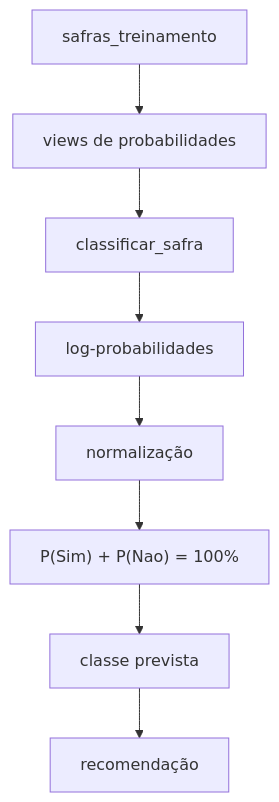
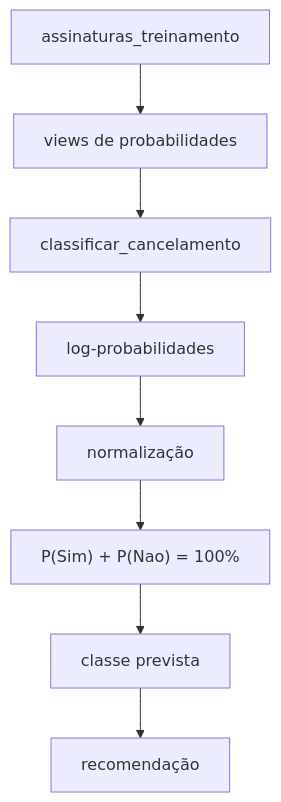
One commit to DiogoAug16/safra-rentavel changed the second of 2 diagrams in docs/naive-bayes-inference.md. Above: the diagram before and after it, drawn with Mermaid. The commit also changed other lines of this file and 24 other files, not shown here.

````diff
--- a/docs/naive-bayes-inference.md
+++ b/docs/naive-bayes-inference.md
@@ -641,10 +712,10 @@
 ```mermaid
 flowchart TD
-    A[safras_treinamento] --> B[views de probabilidades]
-    B --> C[classificar_safra]
+    A[assinaturas_treinamento] --> B[views de probabilidades]
+    B --> C[classificar_cancelamento]
     C --> D[log-probabilidades]
     D --> E[normalização]
     E --> F["P(Sim) + P(Nao) = 100%"]
     F --> G[classe prevista]
     G --> H[recomendação]
 ```
````
